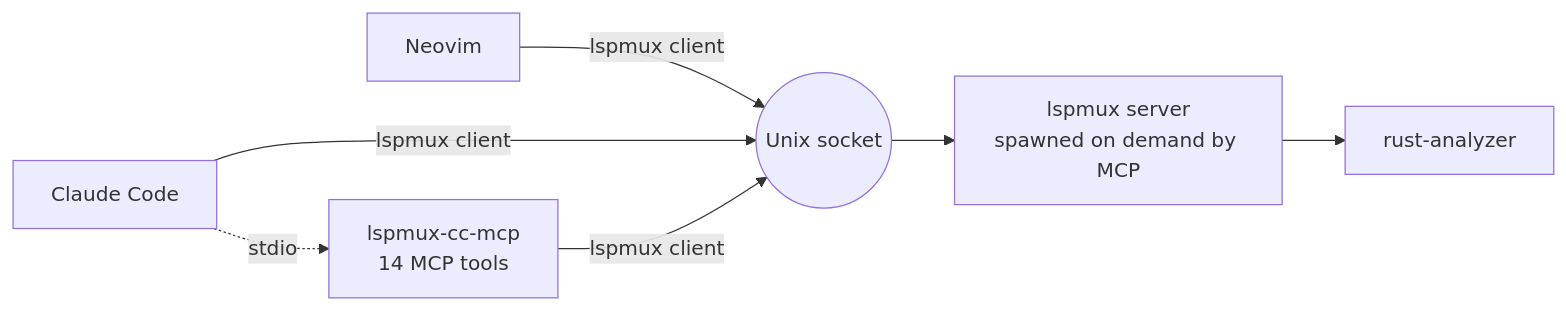
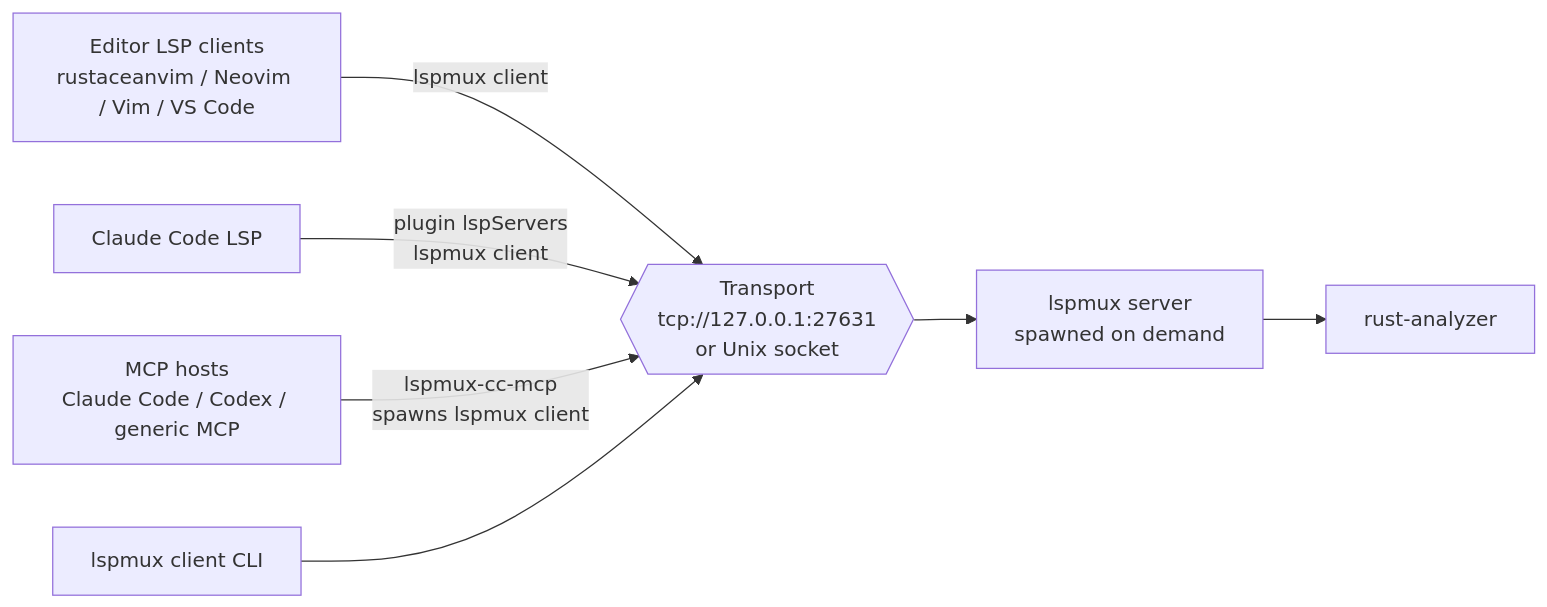
Before and after one commit to billf/lspmux-cc: the diagram in README.md, drawn with Mermaid. The commit also changed other lines of this file and 8 other files, not shown here.

````diff
--- a/README.md
+++ b/README.md
@@ -9,9 +11,10 @@
 ```mermaid
 graph LR
-    NV[Neovim] -- lspmux client --> S
-    CC[Claude Code] -- lspmux client --> S
-    CC -. stdio .-> MCP[lspmux-cc-mcp<br/>14 MCP tools]
-    MCP -- lspmux client --> S
-    S((Unix socket)) --> LS[lspmux server<br/>spawned on demand by MCP]
-    LS --> RA[rust-analyzer]
+    NV[Editor LSP clients<br/>rustaceanvim / Neovim / Vim / VS Code] -->|lspmux client| EP
+    CC[Claude Code LSP] -->|plugin lspServers<br/>lspmux client| EP
+    MCP[MCP hosts<br/>Claude Code / Codex / generic MCP] -->|lspmux-cc-mcp<br/>spawns lspmux client| EP
+    CLI[lspmux client CLI] --> EP
+    EP{{Transport<br/>tcp://127.0.0.1:27631<br/>or Unix socket}}
+    EP --> S[lspmux server<br/>spawned on demand]
+    S --> RA[rust-analyzer]
 ```
````
